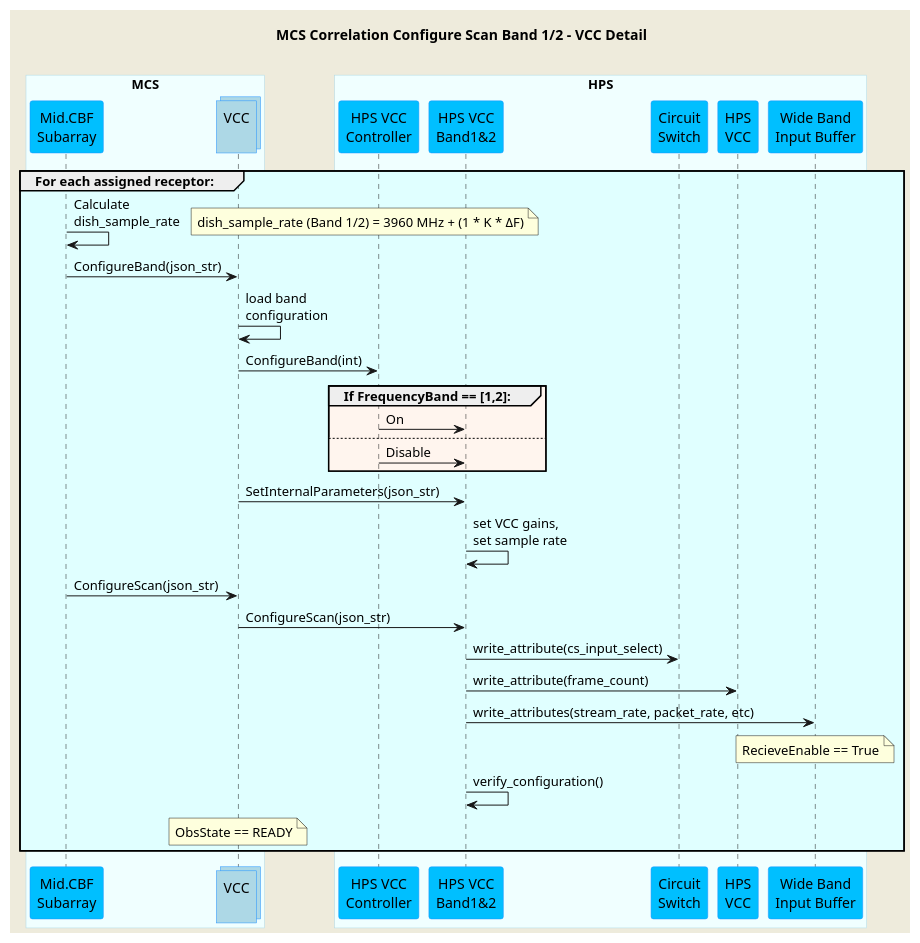
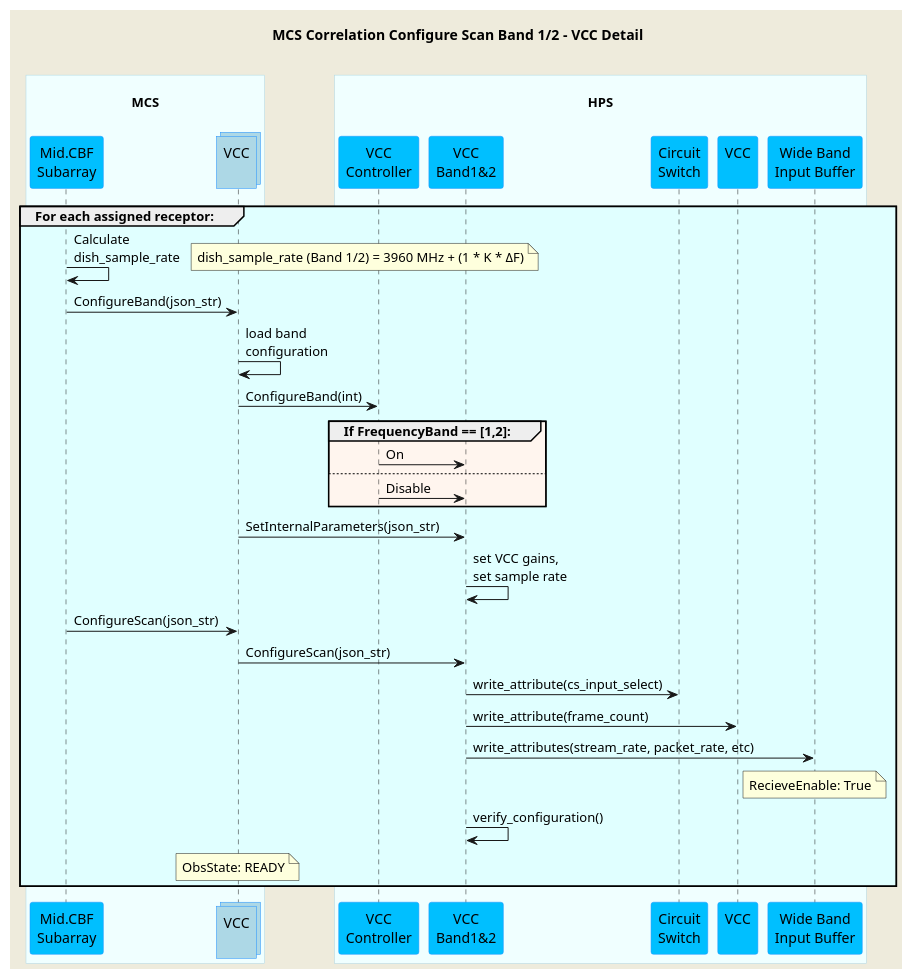
The diagram in docs/src/diagrams/configure-scan-vcc.puml (ska-telescope/mid-cbf-mcs), drawn with PlantUML before and after one commit. The commit also changed 8 other files, not shown here.

```diff
--- a/docs/src/diagrams/configure-scan-vcc.puml
+++ b/docs/src/diagrams/configure-scan-vcc.puml
@@ -1,58 +1,57 @@
 @startuml
 'https://plantuml.com/sequence-diagram
 
 skinparam backgroundColor #EEEBDC
 skinparam sequence {
     ParticipantBorderColor DodgerBlue
     ParticipantBackgroundColor DeepSkyBlue
     ActorBorderColor DarkGreen
     ActorBackgroundColor Green
     BoxBorderColor LightBlue
     BoxBackgroundColor #F0FFFF
 }
 skinparam collections {
     BackGroundColor LightBlue
     BorderColor DodgerBlue
 }
 
 title MCS Correlation Configure Scan Band 1/2 - VCC Detail\n
 
-box "MCS"
-participant "Mid.CBF\nSubarray" as subarray
-collections "VCC\n" as vcc
+box "\nMCS\n"
+    participant "Mid.CBF\nSubarray" as subarray
+    collections "VCC\n" as vcc
 end box
-
-box "HPS"
-participant "HPS VCC\nController" as hpsvcc
-participant "HPS VCC\nBand1&2" as vccband1
-participant "Circuit\nSwitch" as cs
-participant "HPS\nVCC" as vccdevice
-participant "Wide Band\nInput Buffer" as wb
+box "\nHPS\n"
+    participant "VCC\nController" as hpsvcc
+    participant "VCC\nBand1&2" as vccband1
+    participant "Circuit\nSwitch" as cs
+    participant "VCC\n" as vccdevice
+    participant "Wide Band\nInput Buffer" as wb
 end box
 
 group #LightCyan For each assigned receptor:
     subarray    -> subarray     : Calculate\ndish_sample_rate
     note right                  : dish_sample_rate (Band 1/2) = 3960 MHz + (1 * K * <U+0394>F)
     subarray    -> vcc          : ConfigureBand(json_str)
     vcc         -> vcc          : load band\nconfiguration
     vcc         -> hpsvcc       : ConfigureBand(int)
     group #SeaShell If FrequencyBand == [1,2]:
         hpsvcc  -> vccband1     : On
     else 
         hpsvcc  -> vccband1     : Disable
     end group
     vcc         -> vccband1     : SetInternalParameters(json_str)
     vccband1    -> vccband1     : set VCC gains,\nset sample rate
 
     subarray    -> vcc          : ConfigureScan(json_str)
     vcc         -> vccband1     : ConfigureScan(json_str)
     vccband1    -> cs           : write_attribute(cs_input_select)
     vccband1    -> vccdevice    : write_attribute(frame_count)
     vccband1    -> wb           : write_attributes(stream_rate, packet_rate, etc)
-    note over wb                : RecieveEnable == True
+    note over wb                : RecieveEnable: True
     vccband1    -> vccband1     : verify_configuration()
-    note over vcc               : ObsState == READY
+    note over vcc               : ObsState: READY
 end group
 
 
 @enduml
```
